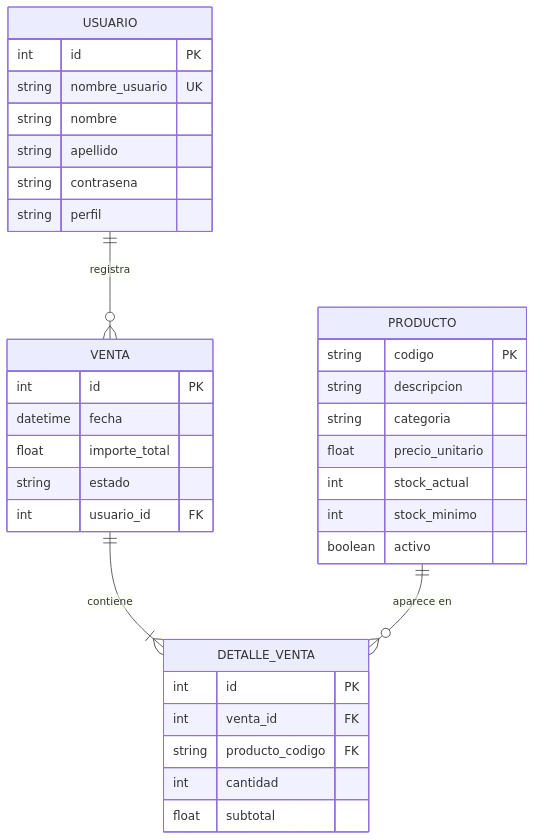
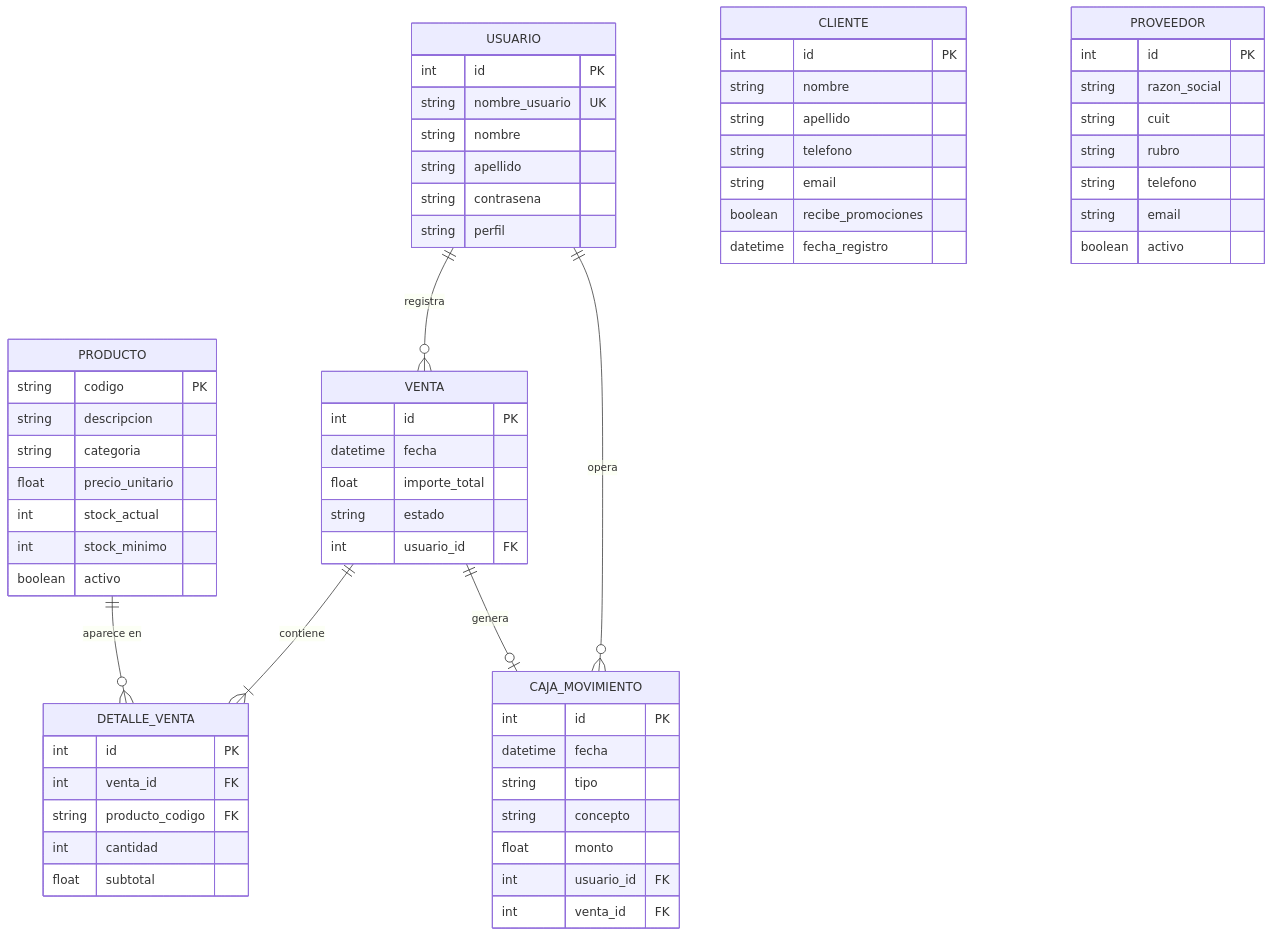
One commit to SofiPK/Dietetica- changed the diagram in README.md. Above: the diagram before and after it, drawn with Mermaid. The commit also changed other lines of this file and 13 other files, not shown here.

````diff
--- a/README.md
+++ b/README.md
@@ -54,41 +54,73 @@
 ```mermaid
 erDiagram
     USUARIO {
         int id PK
         string nombre_usuario UK
         string nombre
         string apellido
         string contrasena
         string perfil
     }
 
     PRODUCTO {
         string codigo PK
         string descripcion
         string categoria
         float precio_unitario
         int stock_actual
         int stock_minimo
         boolean activo
     }
 
     VENTA {
         int id PK
         datetime fecha
         float importe_total
         string estado
         int usuario_id FK
     }
 
     DETALLE_VENTA {
         int id PK
         int venta_id FK
         string producto_codigo FK
         int cantidad
         float subtotal
     }
 
+    CLIENTE {
+        int id PK
+        string nombre
+        string apellido
+        string telefono
+        string email
+        boolean recibe_promociones
+        datetime fecha_registro
+    }
+
+    PROVEEDOR {
+        int id PK
+        string razon_social
+        string cuit
+        string rubro
+        string telefono
+        string email
+        boolean activo
+    }
+
+    CAJA_MOVIMIENTO {
+        int id PK
+        datetime fecha
+        string tipo
+        string concepto
+        float monto
+        int usuario_id FK
+        int venta_id FK
+    }
+
     USUARIO ||--o{ VENTA : "registra"
     VENTA ||--|{ DETALLE_VENTA : "contiene"
     PRODUCTO ||--o{ DETALLE_VENTA : "aparece en"
+    USUARIO ||--o{ CAJA_MOVIMIENTO : "opera"
+    VENTA ||--o| CAJA_MOVIMIENTO : "genera"
 ```
````
